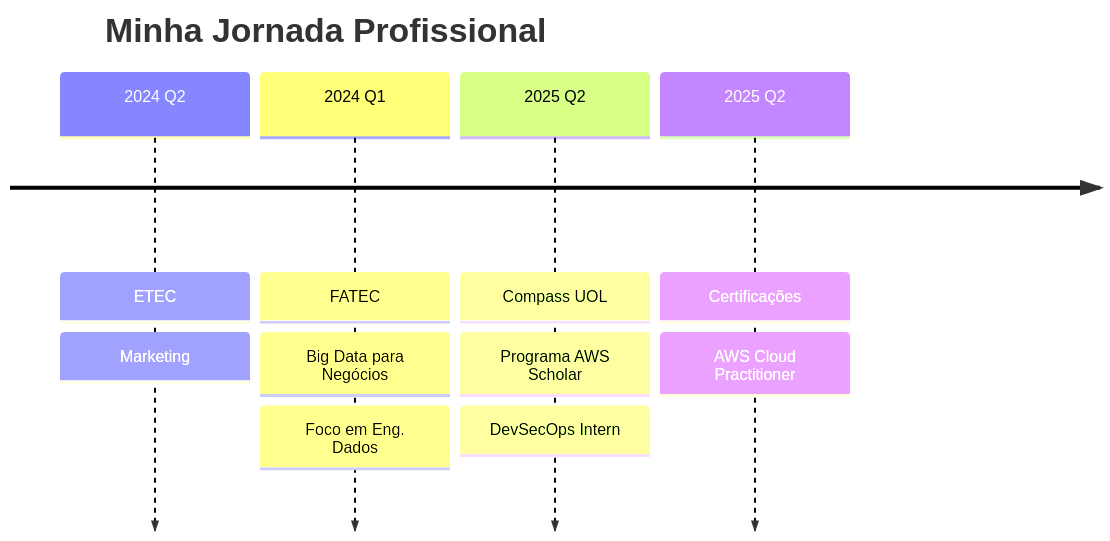
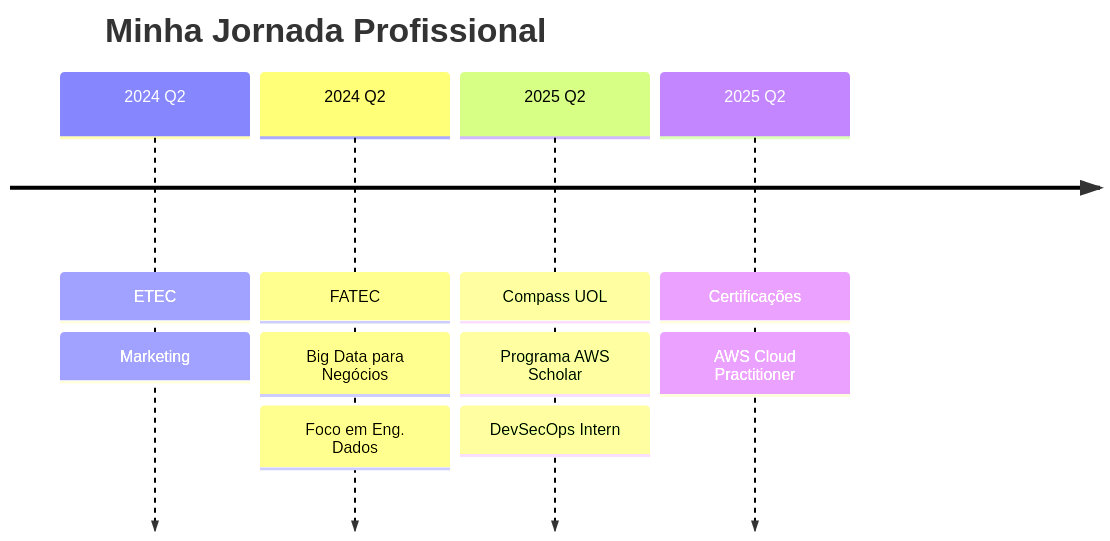
One commit to Thiago-code-lab/Thiago-code-lab changed the diagram in README.md. Above: the diagram before and after it, drawn with Mermaid. The commit also changed other lines of this file, not shown here.

````diff
--- a/README.md
+++ b/README.md
@@ -183,18 +184,18 @@
 ```mermaid
 timeline
     title Minha Jornada Profissional
 
     2024 Q2 : ETEC
              : Marketing
 
-    2024 Q1 : FATEC
+    2024 Q2 : FATEC
              : Big Data para Negócios
              : Foco em Eng. Dados
   
     2025 Q2 : Compass UOL
              : Programa AWS Scholar
              : DevSecOps Intern
                  
     2025 Q2 : Certificações
              : AWS Cloud Practitioner
 ```
````
